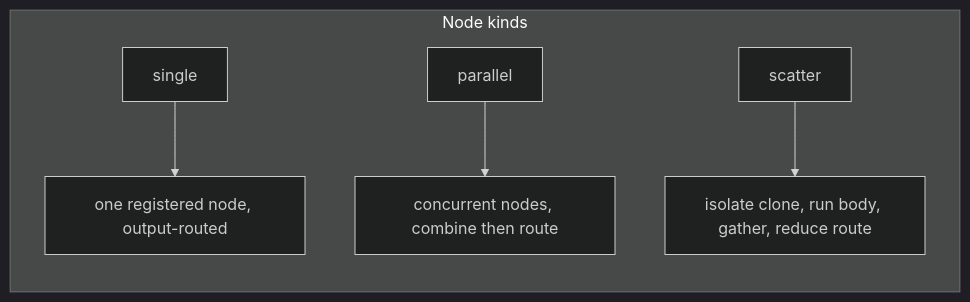
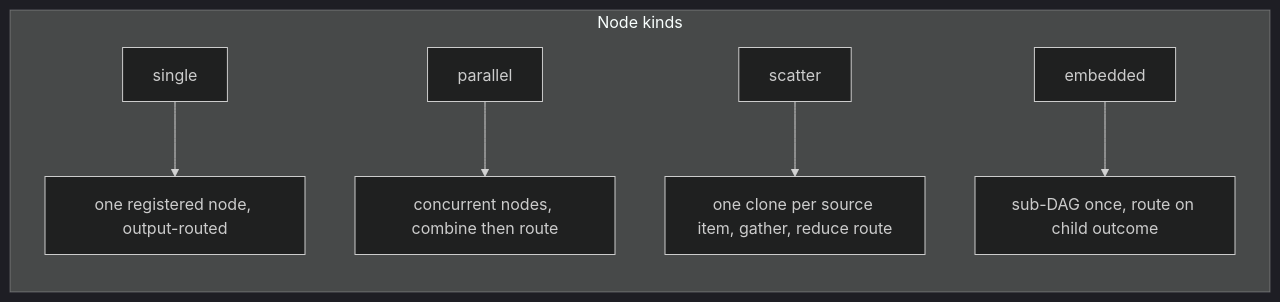
Before and after one commit to Studnicky/Dagonizer: the first of 2 diagrams in docs/architecture.md, drawn with Mermaid (dark theme). The commit also changed other lines of this file and 49 other files, not shown here.

````diff
--- a/docs/architecture.md
+++ b/docs/architecture.md
@@ -80,9 +80,10 @@
 ```mermaid
 flowchart TB
   subgraph kinds["Node kinds"]
     direction TB
     A[single] --> B[one registered node, output-routed]
     C[parallel] --> D[concurrent nodes, combine then route]
-    E[scatter] --> F[isolate clone, run body, gather, reduce route]
+    E[scatter] --> F[one clone per source item, gather, reduce route]
+    G[embedded] --> H[sub-DAG once, route on child outcome]
   end
 ```
````
